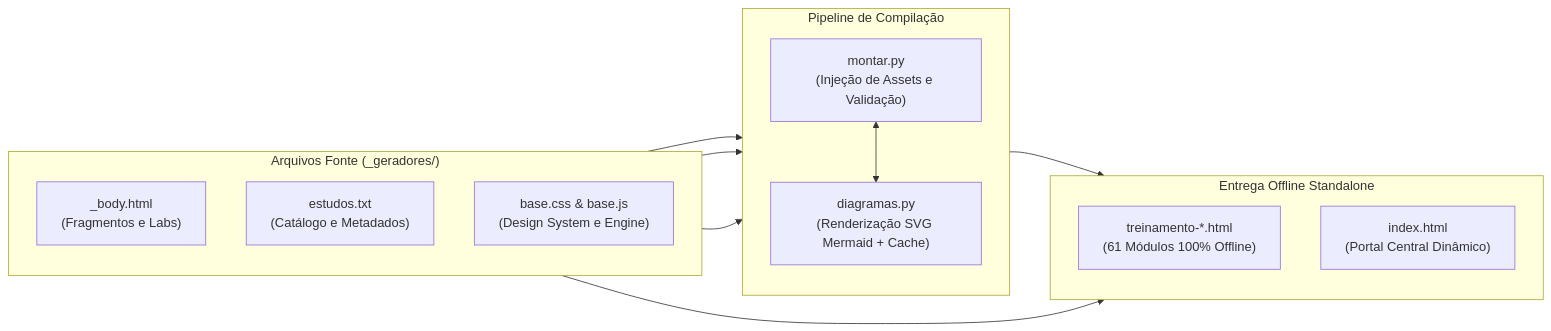
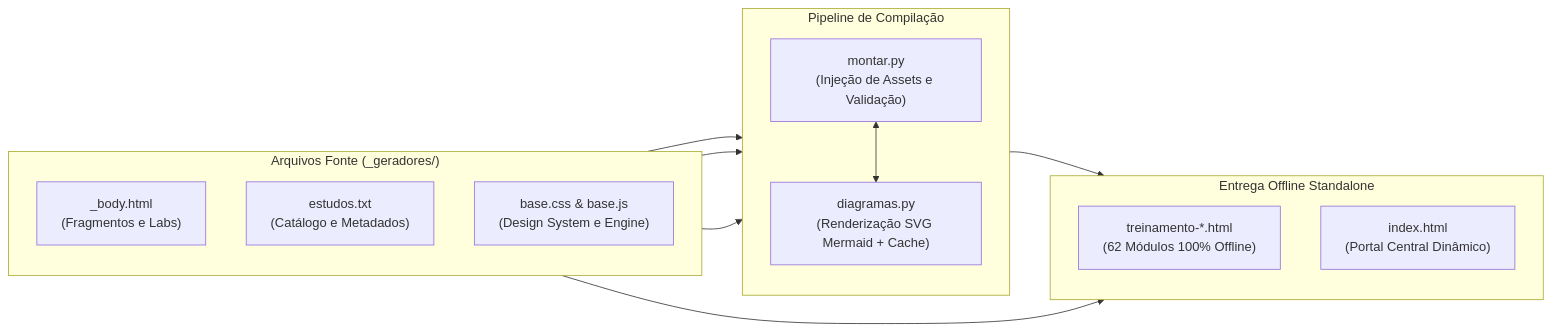
Before and after one commit to josemauromani/estudos-cyberseguranca: the second of 2 diagrams in README.md, drawn with Mermaid. The commit also changed other lines of this file and 80 other files, not shown here.

````diff
--- a/README.md
+++ b/README.md
@@ -215,28 +216,28 @@
 ```mermaid
 flowchart LR
     subgraph Fontes["Arquivos Fonte (_geradores/)"]
         direction TB
         B["_body.html<br>(Fragmentos e Labs)"]
         E["estudos.txt<br>(Catálogo e Metadados)"]
         A["base.css & base.js<br>(Design System e Engine)"]
     end
 
     subgraph Compilacao["Pipeline de Compilação"]
         direction TB
         M["montar.py<br>(Injeção de Assets e Validação)"]
         D["diagramas.py<br>(Renderização SVG Mermaid + Cache)"]
         M <--> D
     end
 
     subgraph Saida["Entrega Offline Standalone"]
         direction TB
-        H["treinamento-*.html<br>(61 Módulos 100% Offline)"]
+        H["treinamento-*.html<br>(62 Módulos 100% Offline)"]
         I["index.html<br>(Portal Central Dinâmico)"]
     end
 
     B --> M
     E --> M
     A --> M
     M --> H
     E --> I
 ```
````
